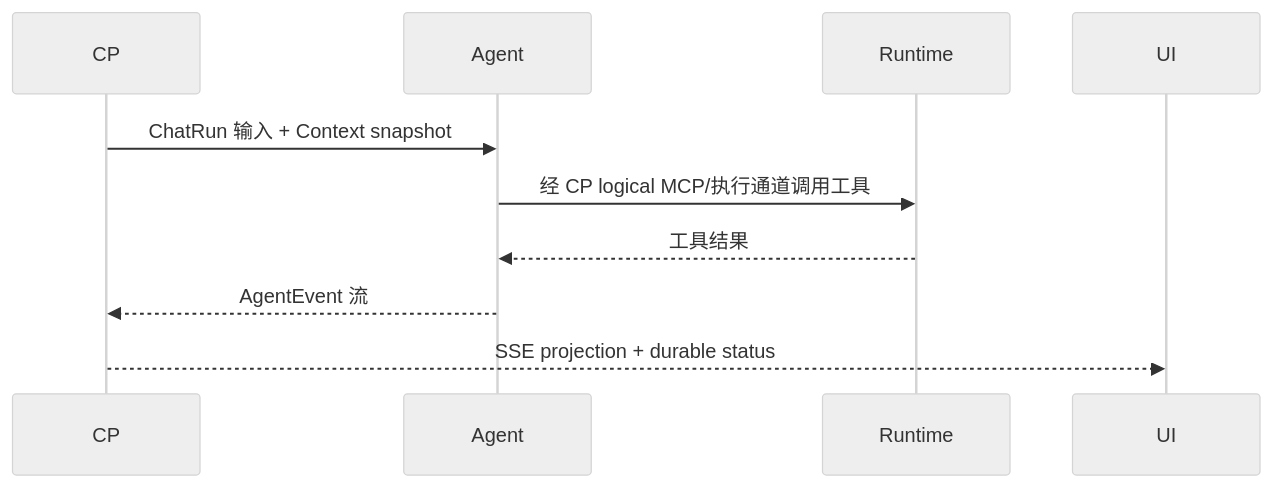
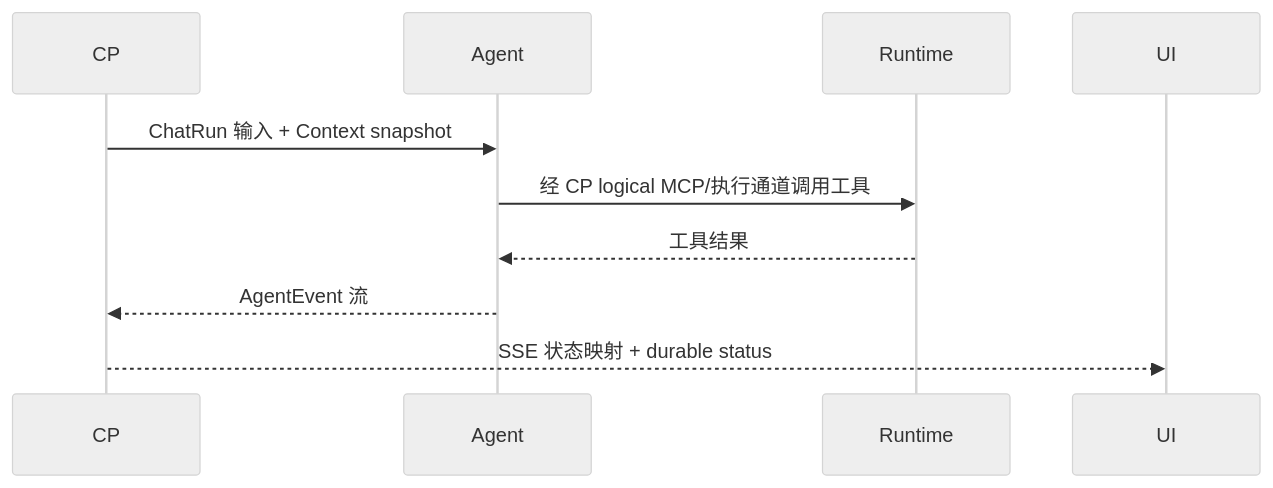
Before and after one commit to cc01cc/xihe-project: the diagram in spec/agent/execution.md, drawn with Mermaid. The commit also changed other lines of this file and 34 other files, not shown here.

````diff
--- a/spec/agent/execution.md
+++ b/spec/agent/execution.md
@@ -37,13 +37,13 @@
 ```mermaid
 %%{init: {'theme': 'neutral'}}%%
 sequenceDiagram
     participant CP as CP
     participant Agent as Agent
     participant Runtime as Runtime
     participant UI as UI
     CP->>Agent: ChatRun 输入 + Context snapshot
     Agent->>Runtime: 经 CP logical MCP/执行通道调用工具
     Runtime-->>Agent: 工具结果
     Agent-->>CP: AgentEvent 流
-    CP-->>UI: SSE projection + durable status
+    CP-->>UI: SSE 状态映射 + durable status
 ```
````
